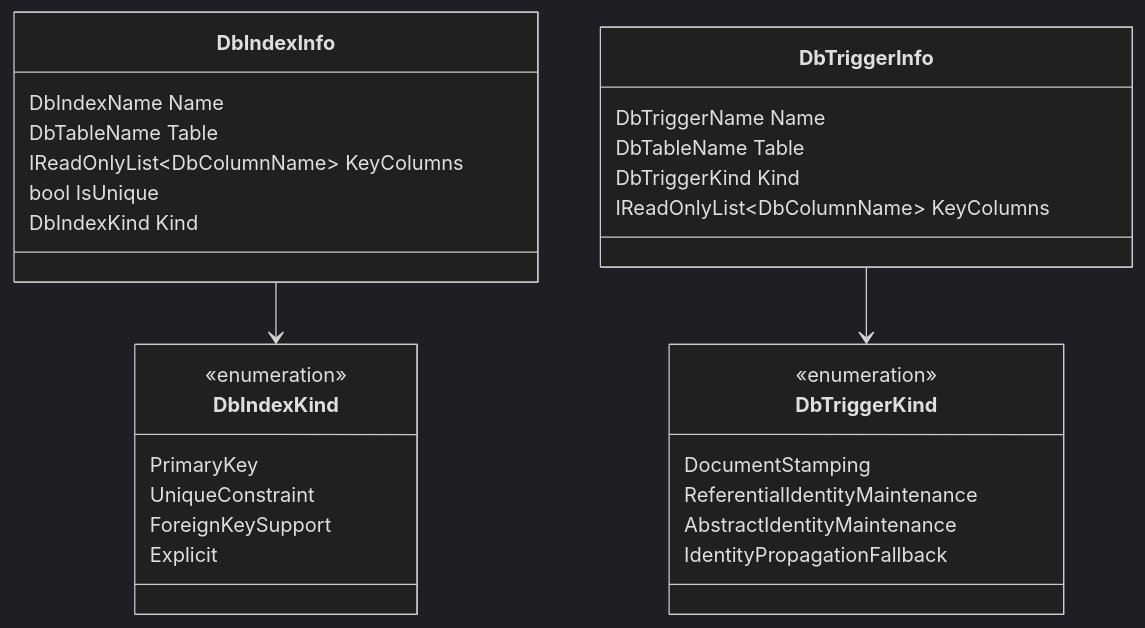
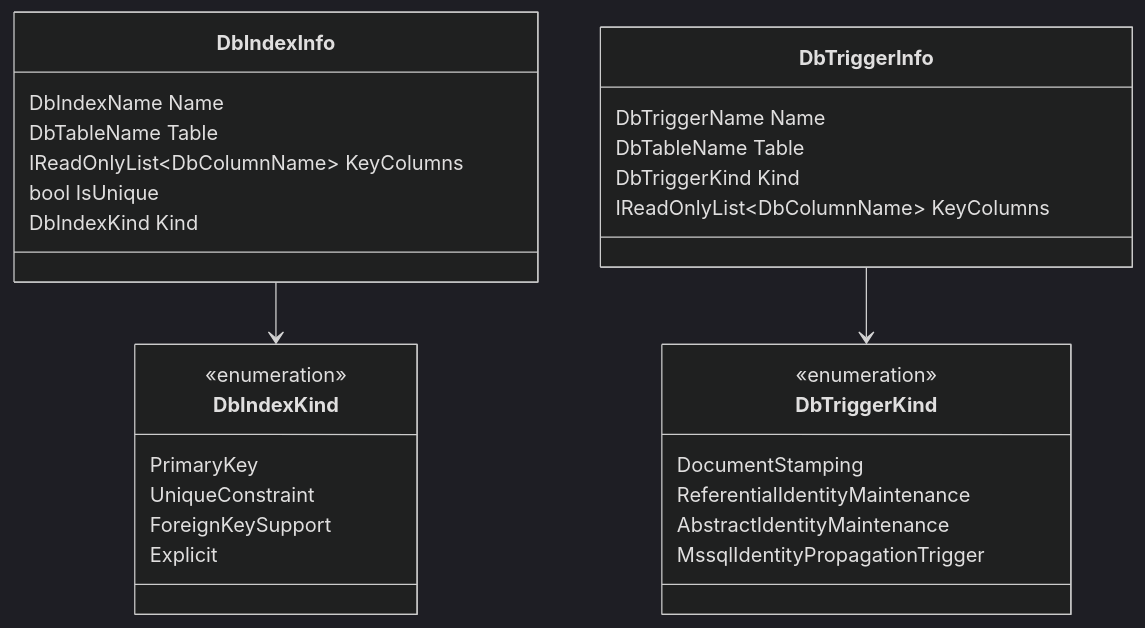
One commit to Ed-Fi-Alliance-OSS/Data-Management-Service changed the eighth of 16 diagrams in reference/design/backend-redesign/presentations/relational-model-presentation.md. Above: the diagram before and after it, drawn with Mermaid (dark theme). The commit also changed other lines of this file and 13 other files, not shown here.

Commit message:
[DMS-1223] Align backend-redesign design docs with MssqlIdentityPropagationTrigger rename

````diff
--- a/reference/design/backend-redesign/presentations/relational-model-presentation.md
+++ b/reference/design/backend-redesign/presentations/relational-model-presentation.md
@@ -370,36 +370,36 @@
 ```mermaid
 classDiagram
     class DbIndexInfo {
         DbIndexName Name
         DbTableName Table
         IReadOnlyList~DbColumnName~ KeyColumns
         bool IsUnique
         DbIndexKind Kind
     }
 
     class DbIndexKind {
         <<enumeration>>
         PrimaryKey
         UniqueConstraint
         ForeignKeySupport
         Explicit
     }
 
     class DbTriggerInfo {
         DbTriggerName Name
         DbTableName Table
         DbTriggerKind Kind
         IReadOnlyList~DbColumnName~ KeyColumns
     }
 
     class DbTriggerKind {
         <<enumeration>>
         DocumentStamping
         ReferentialIdentityMaintenance
         AbstractIdentityMaintenance
-        IdentityPropagationFallback
+        MssqlIdentityPropagationTrigger
     }
 
     DbIndexInfo --> DbIndexKind
     DbTriggerInfo --> DbTriggerKind
 ```
````
